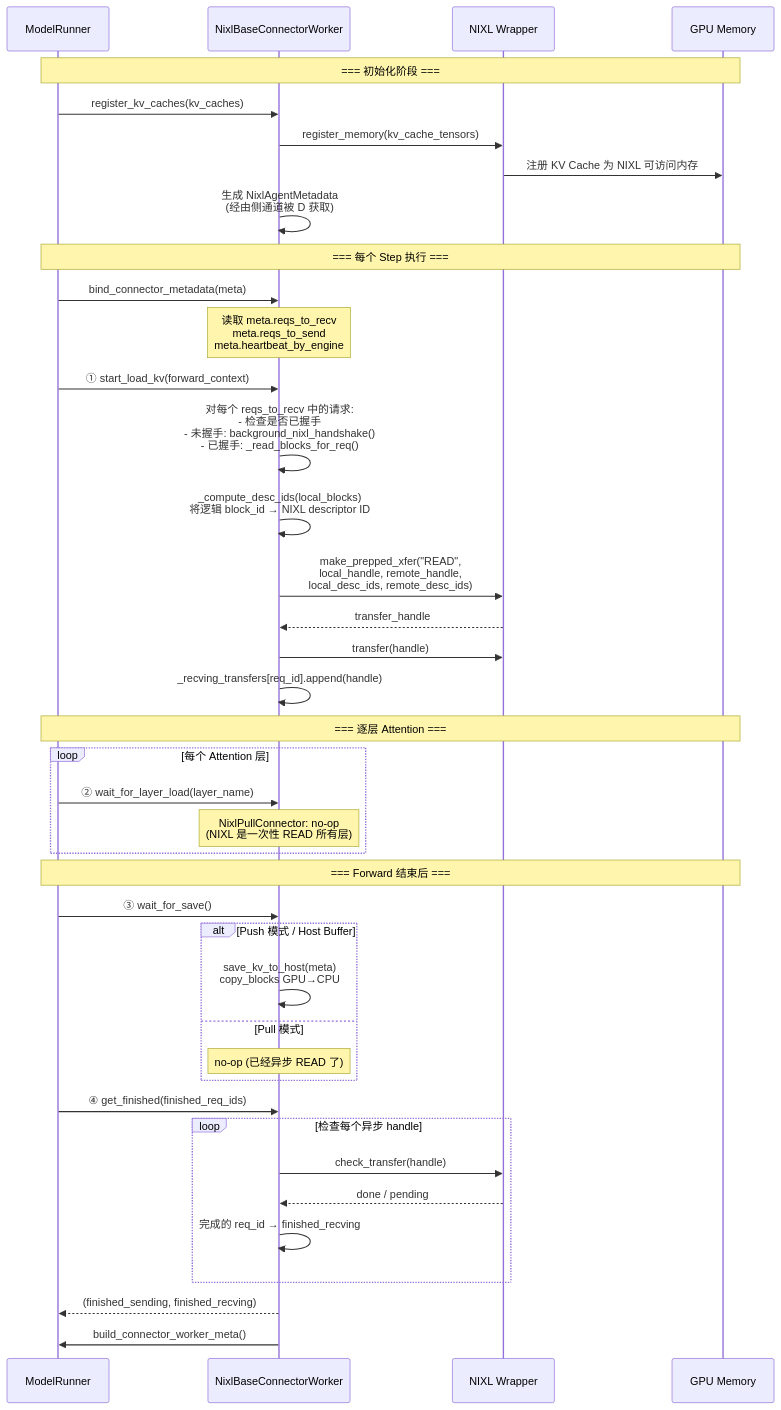
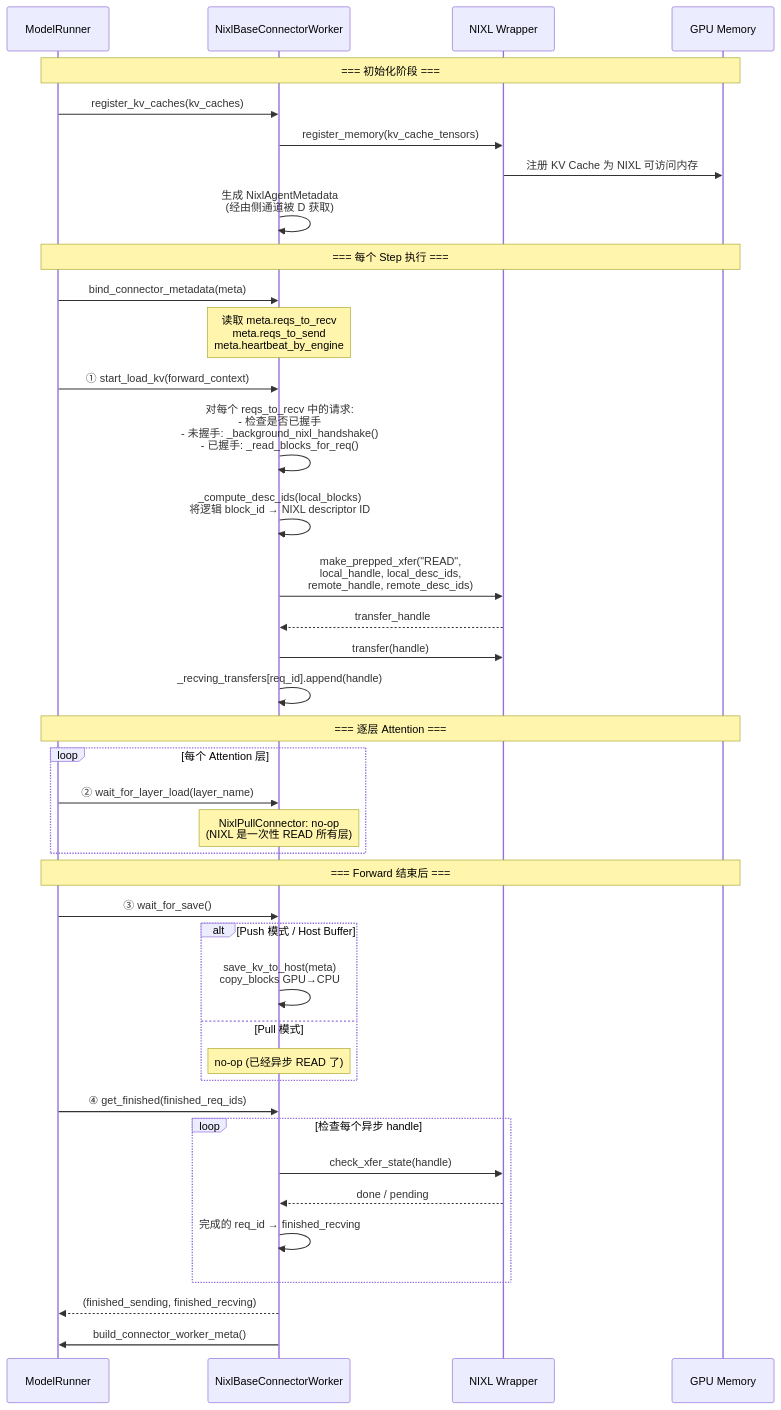
The third of 4 diagrams in vllm-learning-path/03-调度与KV缓存/14-KV传输机制详解.md (keyuanweb/ai-learning-path), drawn with Mermaid before and after one commit. The commit also changed other lines of this file and 176 other files, not shown here.

First line of the commit message:
docs: 全仓库文档校对修复——错别字/失效链接/Mermaid图/源码引用

````diff
--- a/vllm-learning-path/03-调度与KV缓存/14-KV传输机制详解.md
+++ b/vllm-learning-path/03-调度与KV缓存/14-KV传输机制详解.md
@@ -188,55 +188,55 @@
 ```mermaid
 sequenceDiagram
     participant MR as ModelRunner
     participant W as NixlBaseConnectorWorker
     participant NIXL as NIXL Wrapper
     participant GPU as GPU Memory
 
     Note over MR,GPU: === 初始化阶段 ===
 
     MR->>W: register_kv_caches(kv_caches)
     W->>NIXL: register_memory(kv_cache_tensors)
     NIXL->>GPU: 注册 KV Cache 为 NIXL 可访问内存
     W->>W: 生成 NixlAgentMetadata<br/>(经由侧通道被 D 获取)
 
     Note over MR,GPU: === 每个 Step 执行 ===
 
     MR->>W: bind_connector_metadata(meta)
     Note over W: 读取 meta.reqs_to_recv<br/>meta.reqs_to_send<br/>meta.heartbeat_by_engine
 
     MR->>W: ① start_load_kv(forward_context)
-    W->>W: 对每个 reqs_to_recv 中的请求:<br/>- 检查是否已握手<br/>- 未握手: background_nixl_handshake()<br/>- 已握手: _read_blocks_for_req()
+    W->>W: 对每个 reqs_to_recv 中的请求:<br/>- 检查是否已握手<br/>- 未握手: _background_nixl_handshake()<br/>- 已握手: _read_blocks_for_req()
     W->>W: _compute_desc_ids(local_blocks)<br/>将逻辑 block_id → NIXL descriptor ID
-    W->>NIXL: make_prepped_xfer("READ",<br/>local_handle, remote_handle,<br/>local_desc_ids, remote_desc_ids)
+    W->>NIXL: make_prepped_xfer("READ",<br/>local_handle, local_desc_ids,<br/>remote_handle, remote_desc_ids)
     NIXL-->>W: transfer_handle
     W->>NIXL: transfer(handle)  # 异步!
     W->>W: _recving_transfers[req_id].append(handle)
 
     Note over MR,GPU: === 逐层 Attention ===
 
     loop 每个 Attention 层
         MR->>W: ② wait_for_layer_load(layer_name)
         Note over W: NixlPullConnector: no-op<br/>(NIXL 是一次性 READ 所有层)
     end
 
     Note over MR,GPU: === Forward 结束后 ===
 
     MR->>W: ③ wait_for_save()
 
     alt Push 模式 / Host Buffer
         W->>W: save_kv_to_host(meta)<br/>copy_blocks GPU→CPU
     else Pull 模式
         Note over W: no-op (已经异步 READ 了)
     end
 
     MR->>W: ④ get_finished(finished_req_ids)
 
     loop 检查每个异步 handle
-        W->>NIXL: check_transfer(handle)
+        W->>NIXL: check_xfer_state(handle)
         NIXL-->>W: done / pending
         W->>W: 完成的 req_id → finished_recving
     end
 
     W-->>MR: (finished_sending, finished_recving)
     W->>MR: build_connector_worker_meta()
 ```
````
